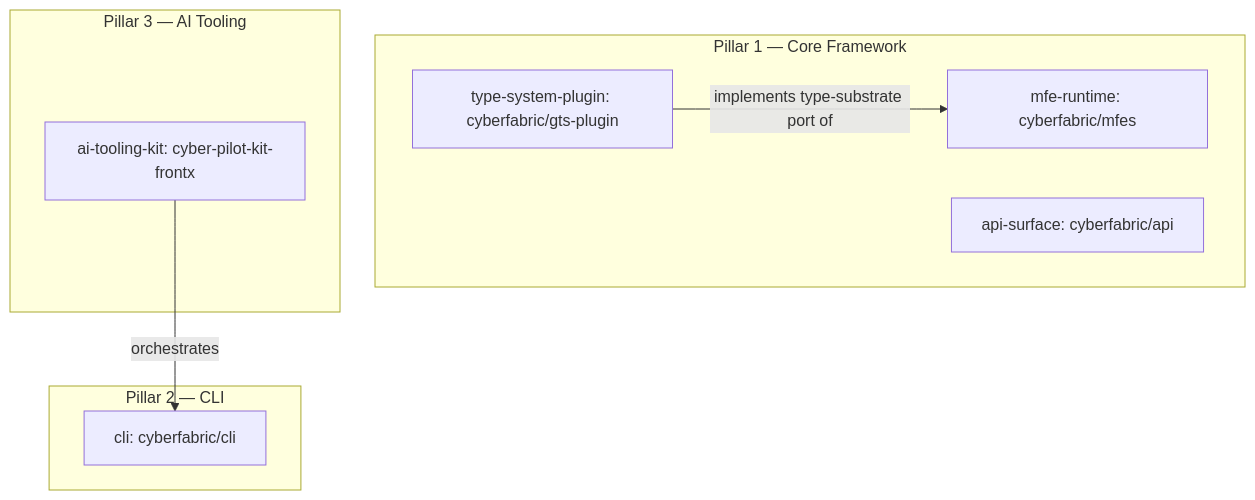
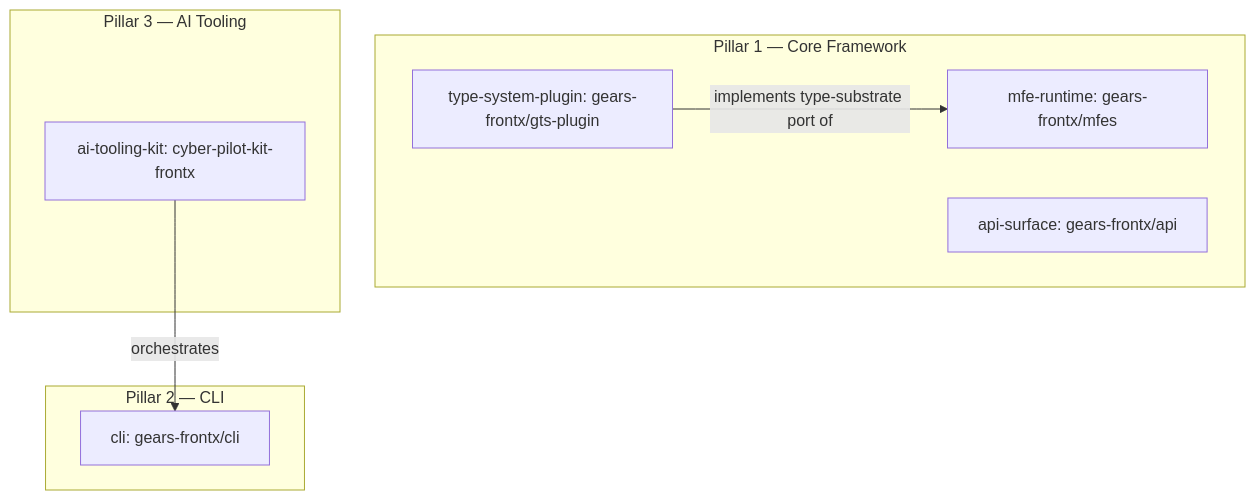
One commit to GeraBart/gears-frontx changed the second of 6 diagrams in architecture/DESIGN.md. Above: the diagram before and after it, drawn with Mermaid. The commit also changed other lines of this file and 19 other files, not shown here.

````diff
--- a/architecture/DESIGN.md
+++ b/architecture/DESIGN.md
@@ -337,16 +337,16 @@
 ```mermaid
 graph TD
     subgraph Pillar1[Pillar 1 — Core Framework]
-        MFES[mfe-runtime: cyberfabric/mfes]
-        GTS[type-system-plugin: cyberfabric/gts-plugin]
-        API[api-surface: cyberfabric/api]
+        MFES[mfe-runtime: gears-frontx/mfes]
+        GTS[type-system-plugin: gears-frontx/gts-plugin]
+        API[api-surface: gears-frontx/api]
     end
     subgraph Pillar2[Pillar 2 — CLI]
-        CLI[cli: cyberfabric/cli]
+        CLI[cli: gears-frontx/cli]
     end
     subgraph Pillar3[Pillar 3 — AI Tooling]
         KIT[ai-tooling-kit: cyber-pilot-kit-frontx]
     end
     GTS -- implements type-substrate port of --> MFES
     KIT -- orchestrates --> CLI
 ```
````
